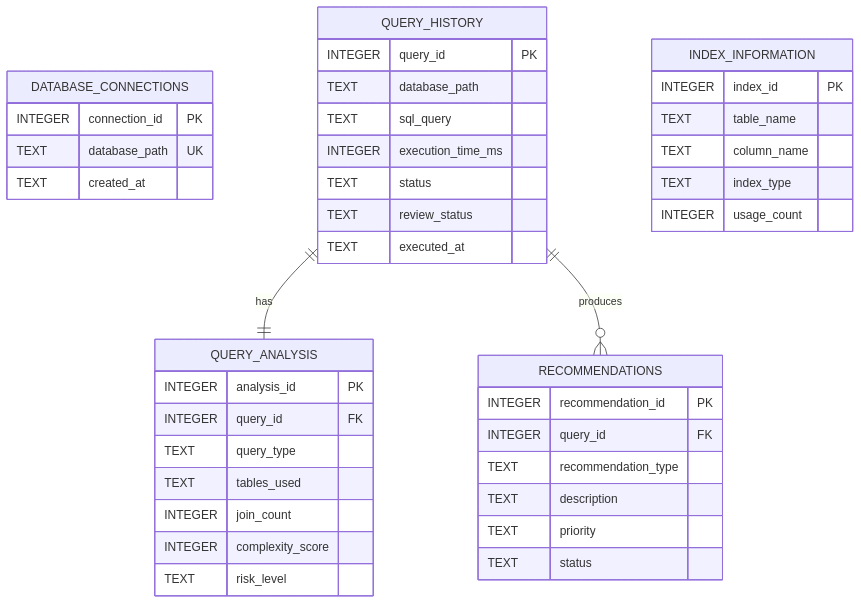
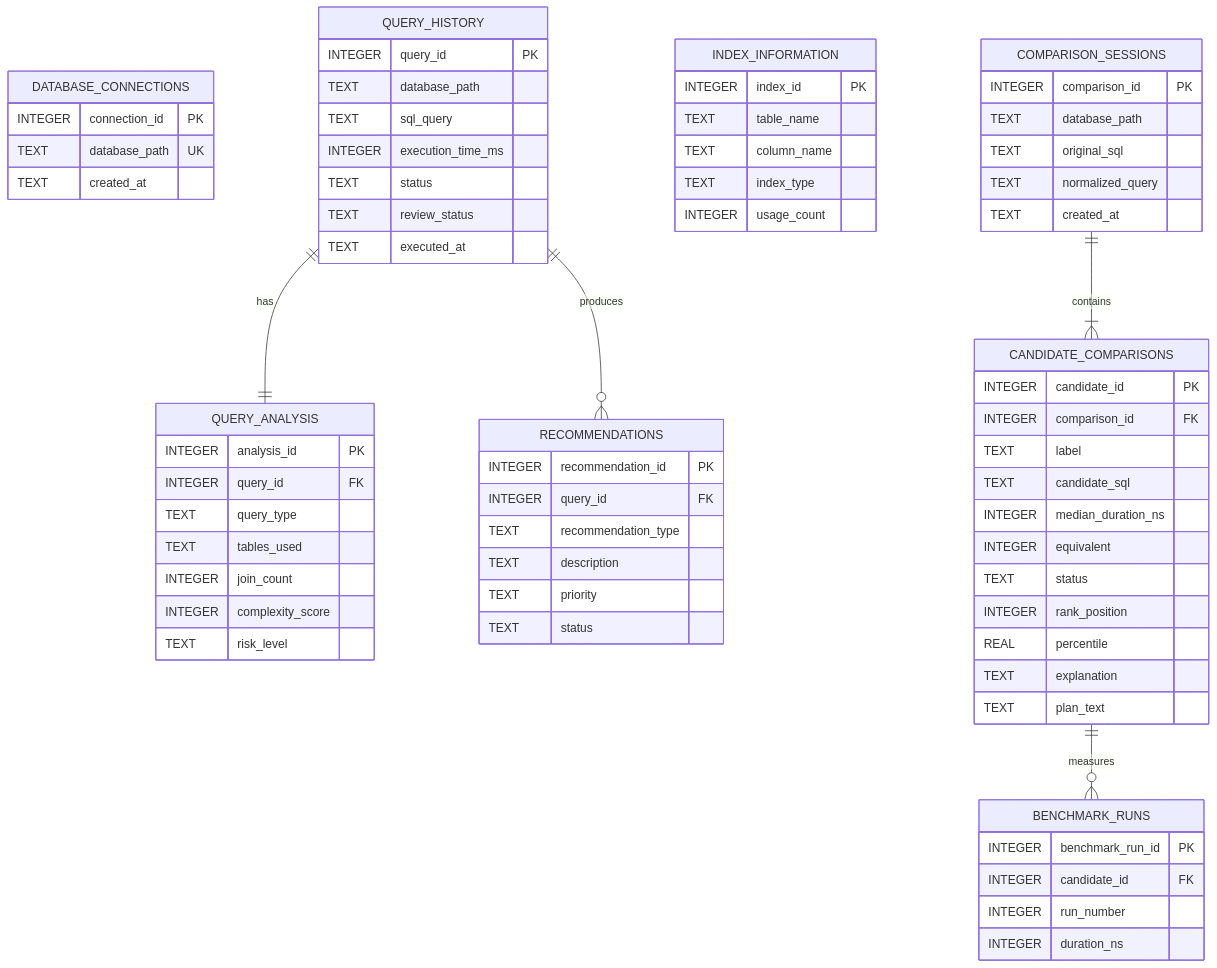
Before and after one commit to innu-M/QueryLens: the diagram in docs/ER-DIAGRAM.md, drawn with Mermaid. The commit also changed 4 other files, not shown here.

Commit message:
docs: describe alternative comparison architecture

````diff
--- a/docs/ER-DIAGRAM.md
+++ b/docs/ER-DIAGRAM.md
@@ -3,44 +3,72 @@
 ```mermaid
 erDiagram
     DATABASE_CONNECTIONS {
         INTEGER connection_id PK
         TEXT database_path UK
         TEXT created_at
     }
     QUERY_HISTORY {
         INTEGER query_id PK
         TEXT database_path
         TEXT sql_query
         INTEGER execution_time_ms
         TEXT status
         TEXT review_status
         TEXT executed_at
     }
     QUERY_ANALYSIS {
         INTEGER analysis_id PK
         INTEGER query_id FK
         TEXT query_type
         TEXT tables_used
         INTEGER join_count
         INTEGER complexity_score
         TEXT risk_level
     }
     RECOMMENDATIONS {
         INTEGER recommendation_id PK
         INTEGER query_id FK
         TEXT recommendation_type
         TEXT description
         TEXT priority
         TEXT status
     }
     INDEX_INFORMATION {
         INTEGER index_id PK
         TEXT table_name
         TEXT column_name
         TEXT index_type
         INTEGER usage_count
     }
+    COMPARISON_SESSIONS {
+        INTEGER comparison_id PK
+        TEXT database_path
+        TEXT original_sql
+        TEXT normalized_query
+        TEXT created_at
+    }
+    CANDIDATE_COMPARISONS {
+        INTEGER candidate_id PK
+        INTEGER comparison_id FK
+        TEXT label
+        TEXT candidate_sql
+        INTEGER median_duration_ns
+        INTEGER equivalent
+        TEXT status
+        INTEGER rank_position
+        REAL percentile
+        TEXT explanation
+        TEXT plan_text
+    }
+    BENCHMARK_RUNS {
+        INTEGER benchmark_run_id PK
+        INTEGER candidate_id FK
+        INTEGER run_number
+        INTEGER duration_ns
+    }
 
     QUERY_HISTORY ||--|| QUERY_ANALYSIS : has
     QUERY_HISTORY ||--o{ RECOMMENDATIONS : produces
+    COMPARISON_SESSIONS ||--|{ CANDIDATE_COMPARISONS : contains
+    CANDIDATE_COMPARISONS ||--o{ BENCHMARK_RUNS : measures
 ```
````
